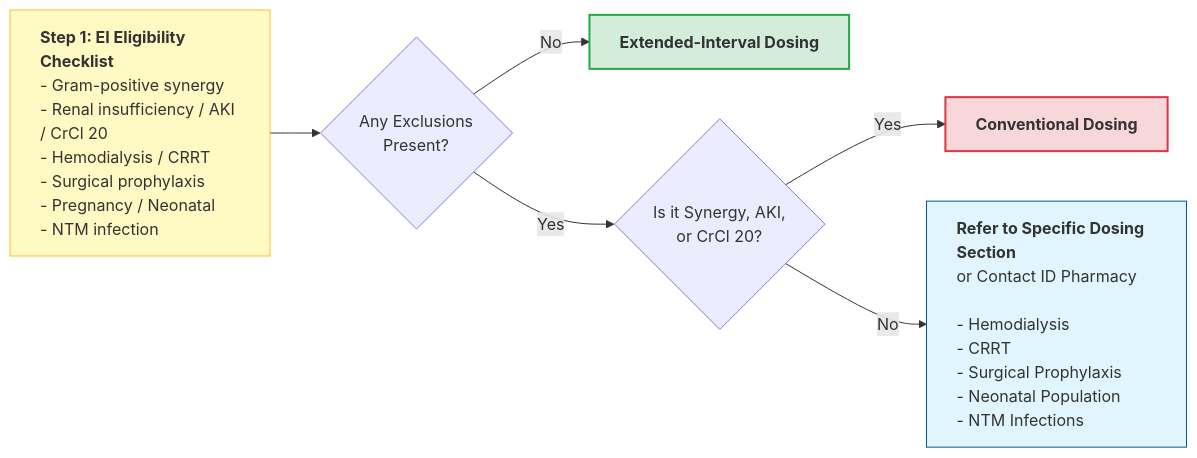
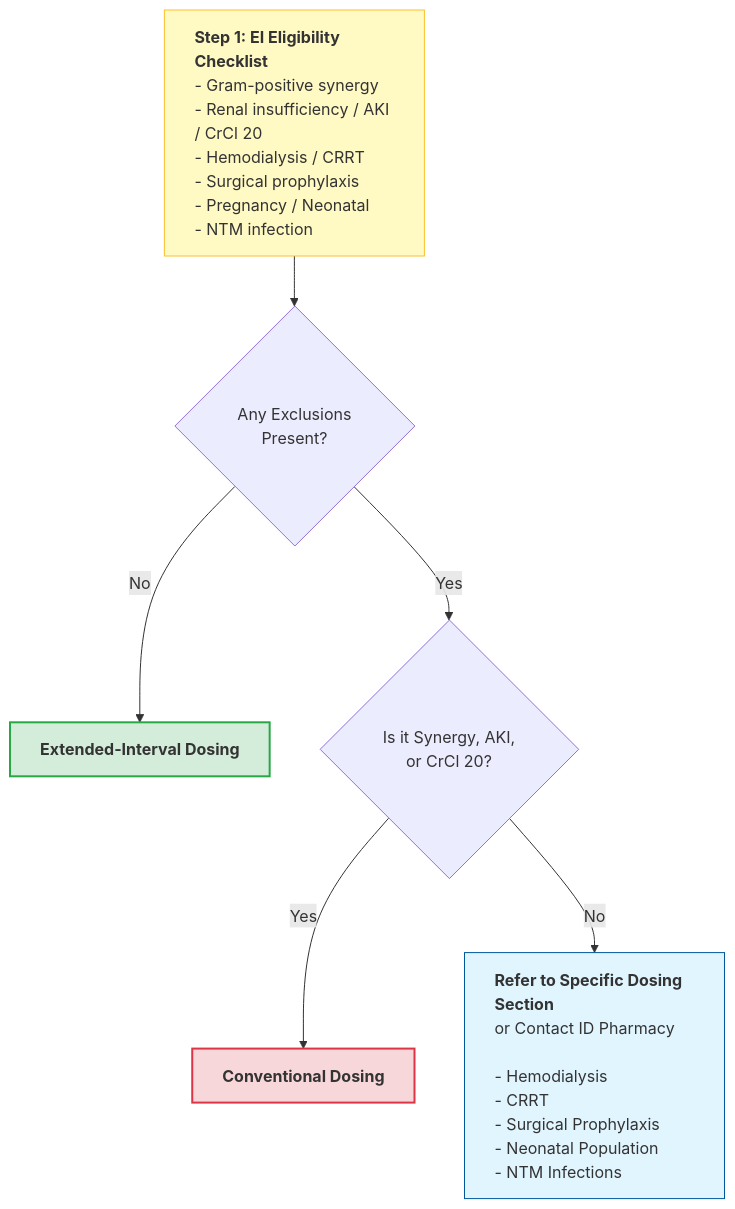
The diagram in dosing-strategy.md (shemtsai/Aminoglycoside-Calculator), drawn with Mermaid before and after one commit. The commit also changed other lines of this file, not shown here.

Commit message:
Update flowchart for Aminoglycoside EI Dosing Algorithm

````diff
--- a/dosing-strategy.md
+++ b/dosing-strategy.md
@@ -40,33 +38,34 @@
 ```mermaid
-flowchart LR
-    %% Main Checklist
+flowchart TD
+    %% Step 1: Initial Checklist
     Start[<b>Step 1: EI Eligibility Checklist</b><br/>- Gram-positive synergy<br/>- Renal insufficiency / AKI / CrCl 20<br/>- Hemodialysis / CRRT<br/>- Surgical prophylaxis<br/>- Pregnancy / Neonatal<br/>- NTM infection] 
     
-    %% First Decision
     Start --> B{Any Exclusions<br/>Present?}
     
-    %% Success Path
+    %% Path to EI
     B -- No --> EI[<b>Extended-Interval Dosing</b>]
 
-    %% Second Decision
+    %% Path to second decision
     B -- Yes --> C{Is it Synergy, AKI,<br/>or CrCl 20?}
     
-    %% Outcomes
+    %% Final Outcomes
     C -- Yes --> Conv[<b>Conventional Dosing</b>]
     
     C -- No --> D[<b>Refer to Specific Dosing Section</b><br/>or Contact ID Pharmacy<br/><br/>- Hemodialysis<br/>- CRRT<br/>- Surgical Prophylaxis<br/>- Neonatal Population<br/>- NTM Infections]
 
     %% STYLING SECTION
-    %% Using min-width ensures the boxes feel substantial and horizontal
-    classDef wideBox min-width:350px,text-align:left;
-    classDef outcomeBox min-width:250px,text-align:center;
+    %% min-width forces the wide rectangular look
+    classDef wideBox min-width:400px,text-align:left;
+    classDef outcomeBox min-width:300px,text-align:center;
+    classDef diamond padding:20px;
 
     class Start,D wideBox;
     class EI,Conv outcomeBox;
+    class B,C diamond;
 
     %% Individual Colors
     style Start fill:#fff9c4,stroke:#fbc02d
     style EI fill:#d4edda,stroke:#28a745,stroke-width:2px
     style Conv fill:#f8d7da,stroke:#dc3545,stroke-width:2px
     style D fill:#e1f5fe,stroke:#01579b
 ```
````
